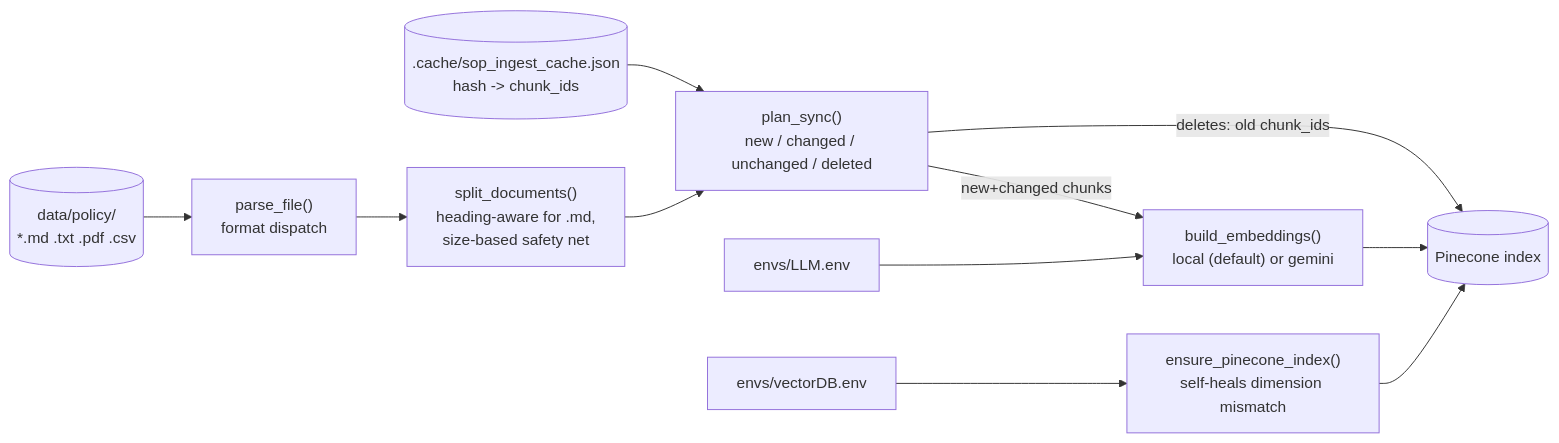
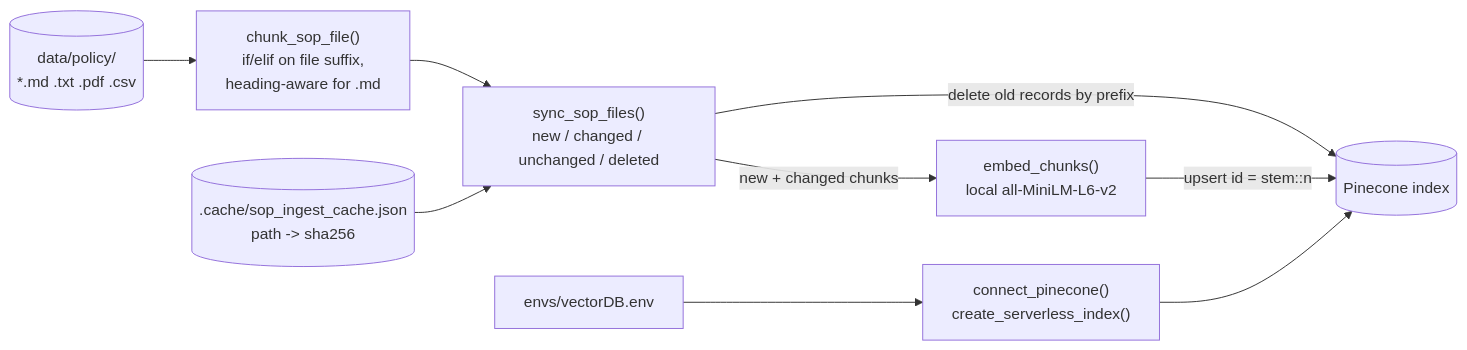
Before and after one commit to ibraheem15/supply-chain-data-assistant: the fourth of 7 diagrams in docs/domain-model.md, drawn with Mermaid. The commit also changed other lines of this file and 1 other file, not shown here.

````diff
--- a/docs/domain-model.md
+++ b/docs/domain-model.md
@@ -110,13 +104,11 @@
 ```mermaid
 flowchart LR
-    Files[("data/policy/\n*.md .txt .pdf .csv")] --> Parse["parse_file()\nformat dispatch"]
-    Parse --> Split["split_documents()\nheading-aware for .md,\nsize-based safety net"]
-    Cache[(".cache/sop_ingest_cache.json\nhash -> chunk_ids")] --> Plan["plan_sync()\nnew / changed / unchanged / deleted"]
-    Split --> Plan
-    Plan -->|deletes: old chunk_ids| VectorStore[("Pinecone index")]
-    Plan -->|new+changed chunks| Embed["build_embeddings()\nlocal (default) or gemini"]
-    Embed --> VectorStore
-    VectorDBEnv["envs/vectorDB.env"] --> Provision["ensure_pinecone_index()\nself-heals dimension mismatch"]
-    Provision --> VectorStore
-    LLMEnv["envs/LLM.env"] --> Embed
+    Files[("data/policy/\n*.md .txt .pdf .csv")] --> Chunk["chunk_sop_file()\nif/elif on file suffix,\nheading-aware for .md"]
+    Chunk --> Sync["sync_sop_files()\nnew / changed / unchanged / deleted"]
+    Cache[(".cache/sop_ingest_cache.json\npath -> sha256")] --> Sync
+    Sync -->|"delete old records by prefix"| VectorStore[("Pinecone index")]
+    Sync -->|"new + changed chunks"| Embed["embed_chunks()\nlocal all-MiniLM-L6-v2"]
+    Embed -->|"upsert id = stem::n"| VectorStore
+    VectorDBEnv["envs/vectorDB.env"] --> Connect["connect_pinecone()\ncreate_serverless_index()"]
+    Connect --> VectorStore
 ```
````
